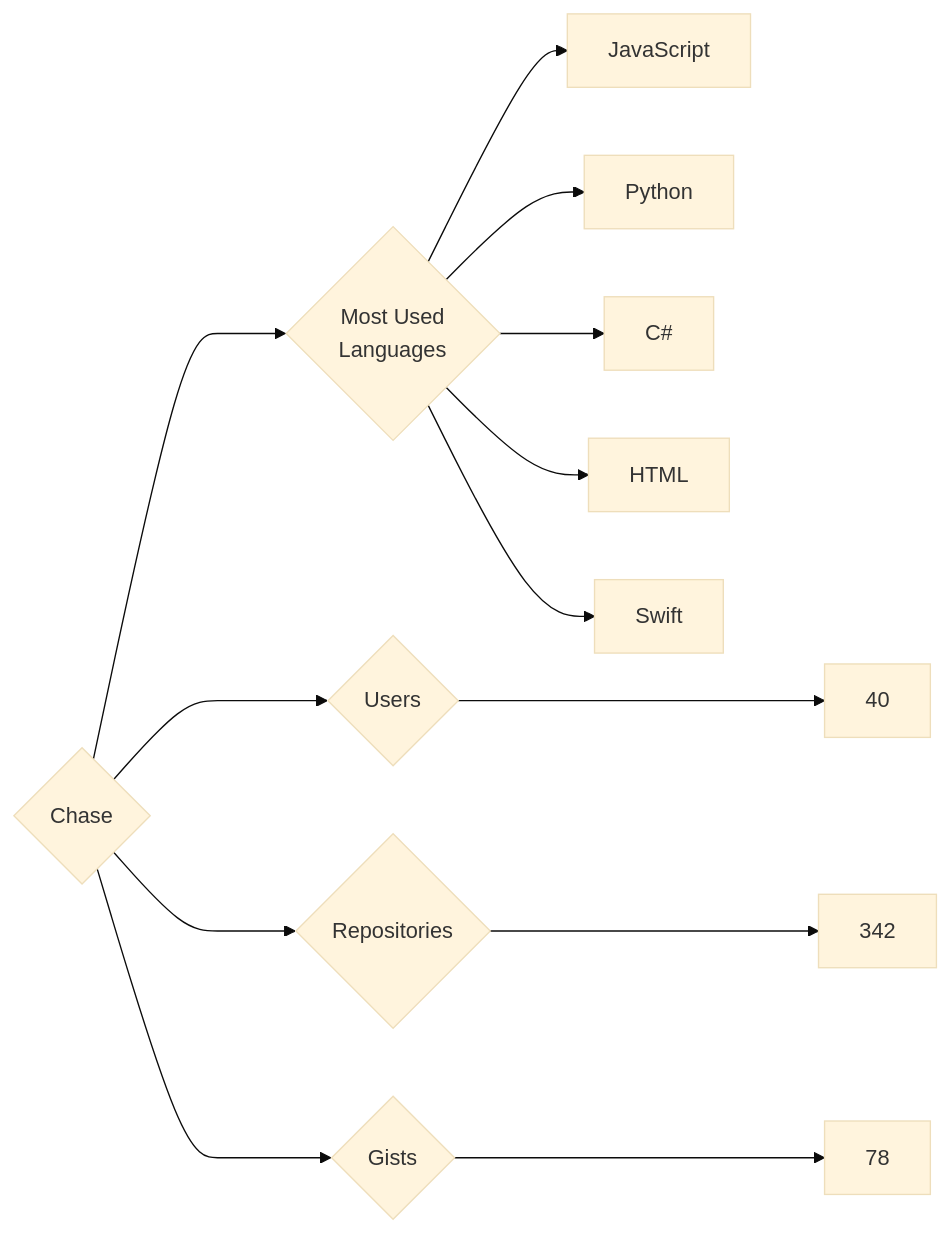
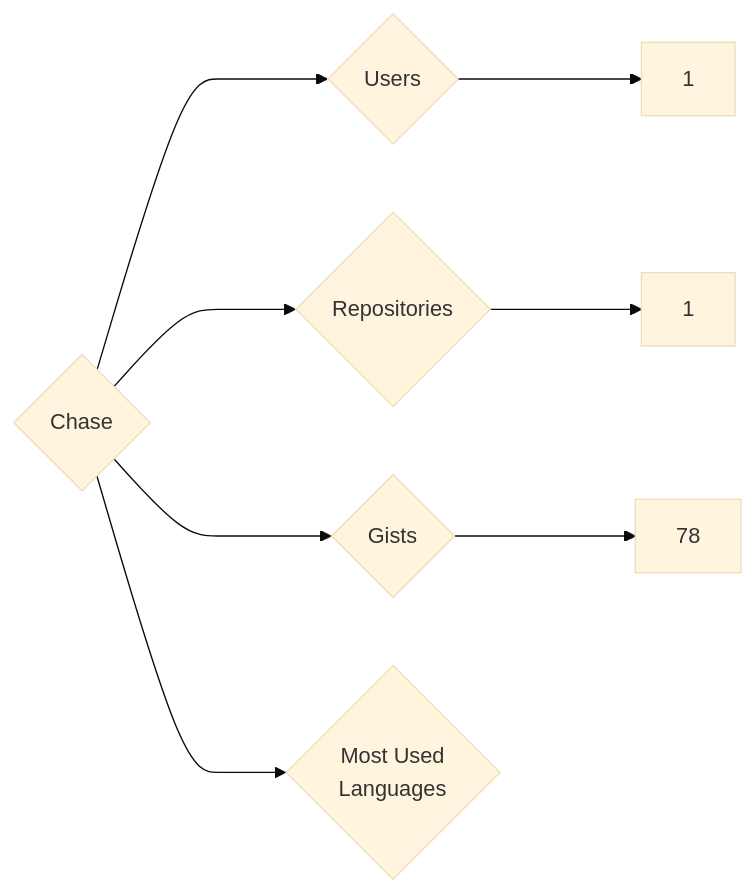
The diagram in targets/Chase/README.md (trickest/insiders), drawn with Mermaid (base theme) before and after one commit. The commit also changed 721 other files, not shown here.

````diff
--- a/targets/Chase/README.md
+++ b/targets/Chase/README.md
@@ -3,13 +3,8 @@
 ```mermaid
 graph LR
 COMPANY_NAME{Chase}
-COMPANY_NAME ---> U{Users} ---> UN[40]
-COMPANY_NAME ---> R{Repositories} ---> RN[342]
+COMPANY_NAME ---> U{Users} ---> UN[1]
+COMPANY_NAME ---> R{Repositories} ---> RN[1]
 COMPANY_NAME ---> G{Gists} ---> GN[78]
 COMPANY_NAME ---> ML{Most Used<br>Languages}
-ML --> JavaScript[JavaScript]
-ML --> Python[Python]
-ML --> C#[C#]
-ML --> HTML[HTML]
-ML --> Swift[Swift]
 ```
````
